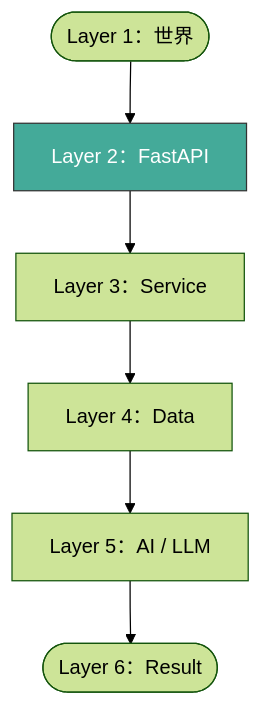
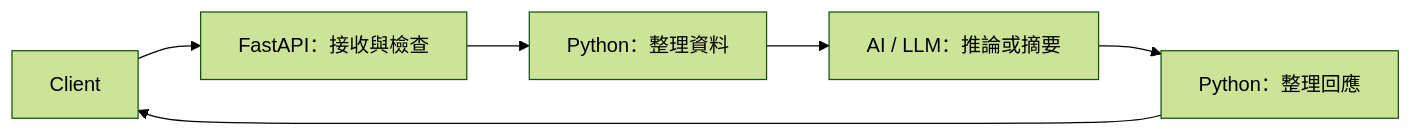
Before and after one commit to 4-learn/fastapi-demo: the second of 2 diagrams in docs/01_fastapi_role.md, drawn with Mermaid (forest theme). The commit also changed other lines of this file, not shown here.

````diff
--- a/docs/01_fastapi_role.md
+++ b/docs/01_fastapi_role.md
@@ -34,10 +63,8 @@
 ```mermaid
-flowchart TD
-    L1([Layer 1：世界]) --> L2[Layer 2：FastAPI]
-    L2 --> L3[Layer 3：Service]
-    L3 --> L4[Layer 4：Data]
-    L4 --> L5[Layer 5：AI / LLM]
-    L5 --> L6([Layer 6：Result])
-
-    style L2 fill:#4a9,stroke:#333,color:#fff
+flowchart LR
+    C[Client] --> A[FastAPI：接收與檢查]
+    A --> S[Python：整理資料]
+    S --> M[AI / LLM：推論或摘要]
+    M --> R[Python：整理回應]
+    R --> C
 ```
````
